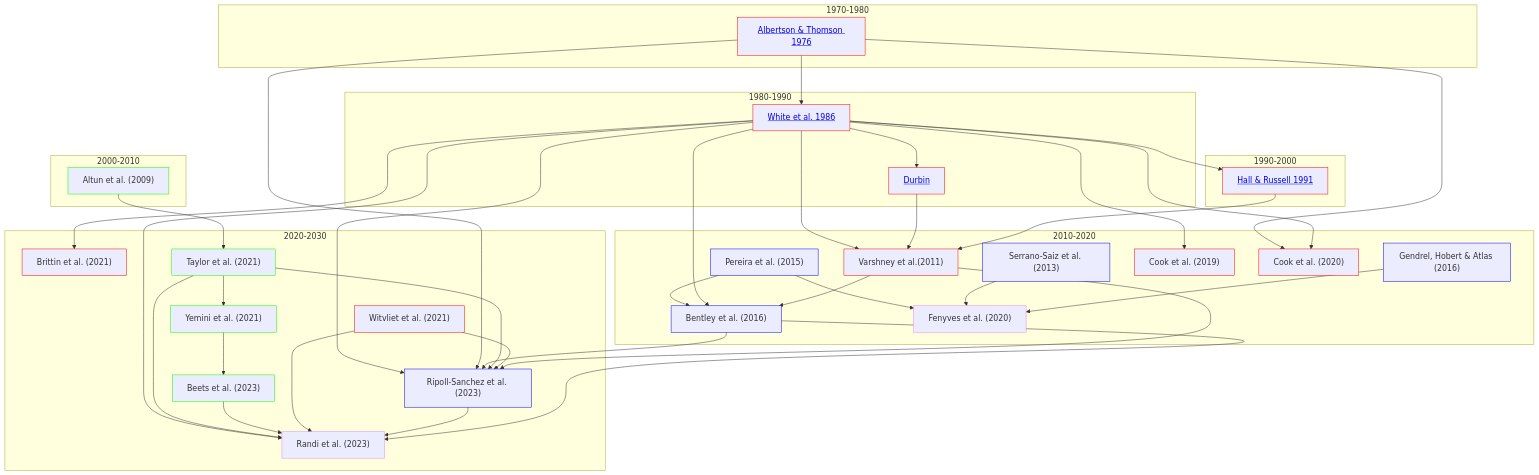
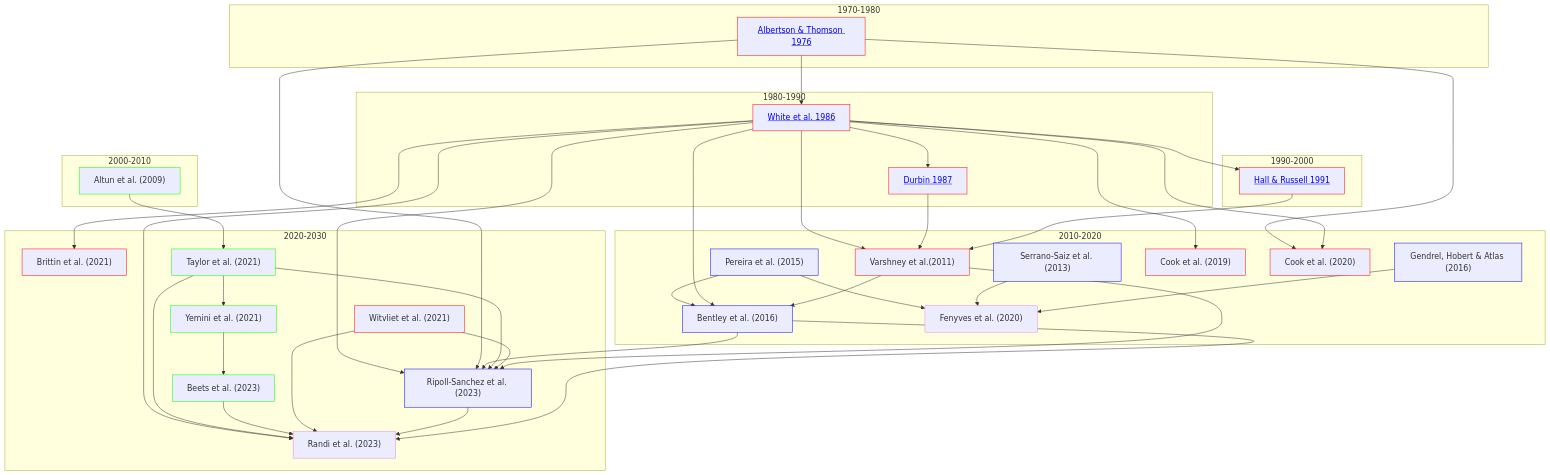
One commit to yasinthanvickneswaran/mermaidtest changed the diagram in README.md. Above: the diagram before and after it, drawn with Mermaid.

````diff
--- a/README.md
+++ b/README.md
@@ -1,68 +1,68 @@
 ```mermaid
 flowchart TD
     classDef anat stroke:#f00
     classDef gene stroke:#0f0
     classDef es stroke:#00f
     classDef func stroke:#ee82ee
 
 
     subgraph 1970-1980
     A1[<a href='https://github.com/yasinthanvickneswaran/ConnectomeToolbox/blob/main/docs/Albertson_Thompson_1976.md' >Albertson & Thomson 1976</a>]:::anat
     end
     subgraph 1980-1990
-    A[<a href='https://github.com/yasinthanvickneswaran/ConnectomeToolbox/blob/main/docs/White_1986.md' >White et al. 1986</a>]:::anat & B[<a href='https://github.com/yasinthanvickneswaran/ConnectomeToolbox/blob/main/docs/Durbin_1987.md' >Durbin</a>]:::anat
+    A[<a href='https://github.com/yasinthanvickneswaran/ConnectomeToolbox/blob/main/docs/White_1986.md' >White et al. 1986</a>]:::anat & B[<a href='https://github.com/yasinthanvickneswaran/ConnectomeToolbox/blob/main/docs/Durbin_1987.md' >Durbin 1987</a>]:::anat
     end
 
     subgraph 1990-2000
     A2[<a href='https://github.com/yasinthanvickneswaran/ConnectomeToolbox/blob/main/docs/Hall_1991.md' >Hall & Russell 1991</a>]:::anat
     end
 
     subgraph 2000-2010
     C
     end
     subgraph 2010-2020
     D & E & E1 & E2 & F & G & H & I
     end
     subgraph 2020-2030
     J & K & L & M & N & P & NP
     end     
 
 
     E --> H["Fenyves et al. (2020)"]:::func
     E1["Serrano-Saiz et al. (2013)"]:::es --> H
     E2["Gendrel, Hobert & Atlas (2016)"]:::es --> H
     K["Witvliet et al. (2021)"]:::anat
     E["Pereira et al. (2015)"]:::es --> F["Bentley et al. (2016)"]:::es
 
     C["Altun et al. (2009)"]:::gene --> L["Taylor et al. (2021)"]:::gene
     L --> M["Yemini et al. (2021)"]:::gene
     M --> N["Beets et al. (2023)"]:::gene
 
     A --> B
     A1 --> A
     A1 --> I
     A  --> A2
     A --> D["Varshney et al.(2011)"]:::anat
     B --> D
     A2 --> D
     A --> G["Cook et al. (2019)"]:::anat
     A --> I["Cook et al. (2020)"]:::anat
     A --> J["Brittin et al. (2021)"]:::anat
     A --> F
     D --> F
     A --> NP["Ripoll-Sanchez et al. (2023)"]:::es
     A1 --> NP
     F --> NP
     L --> NP
     K --> NP
     D --> NP
     A --> P["Randi et al. (2023)"]:::func
     L --> P
     N --> P
     K --> P
     NP --> P
     F --> P
 
     
     
 ```
````
